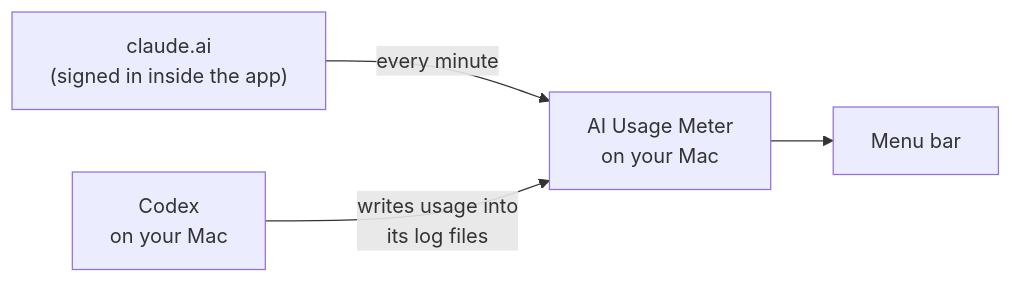
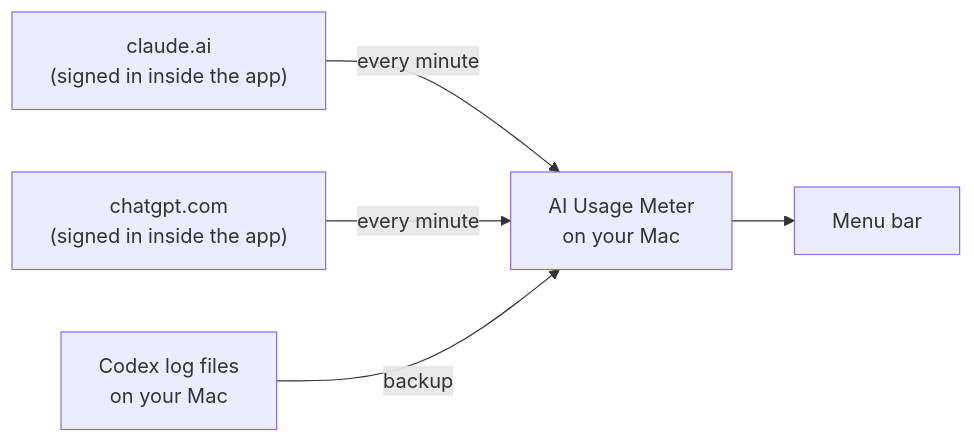
The first of 2 diagrams in README.md (PrajwalSR/ai_usage_meter), drawn with Mermaid before and after one commit. The commit also changed other lines of this file and 29 other files, not shown here.

````diff
--- a/README.md
+++ b/README.md
@@ -54,6 +64,7 @@
 ```mermaid
 flowchart LR
     A["claude.ai<br/>(signed in inside the app)"] -->|"every minute"| M["AI Usage Meter<br/>on your Mac"]
-    B["Codex<br/>on your Mac"] -->|"writes usage into<br/>its log files"| M
+    G["chatgpt.com<br/>(signed in inside the app)"] -->|"every minute"| M
+    B["Codex log files<br/>on your Mac"] -->|"backup"| M
     M --> C["Menu bar"]
 ```
````
